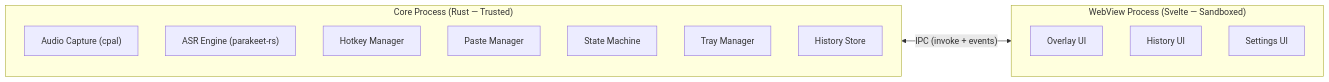
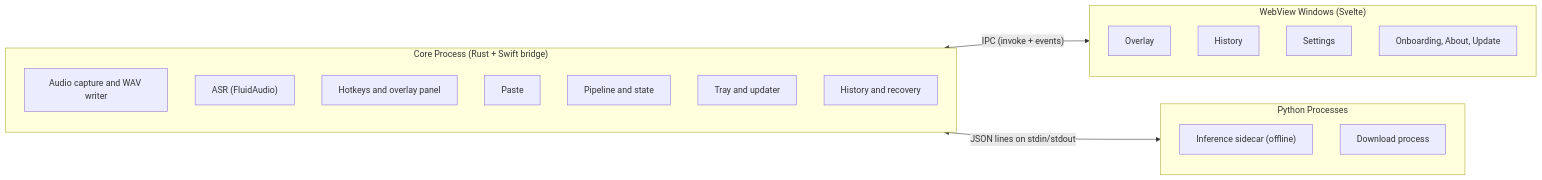
Before and after one commit to juanqui/sottoasr: the second of 5 diagrams in docs/designs/architecture.md, drawn with Mermaid. The commit also changed other lines of this file and 146 other files, not shown here.

````diff
--- a/docs/designs/architecture.md
+++ b/docs/designs/architecture.md
@@ -205,20 +220,27 @@
 ```mermaid
 flowchart LR
-    subgraph Core["Core Process (Rust — Trusted)"]
-        A["Audio Capture (cpal)"]
-        B["ASR Engine (parakeet-rs)"]
-        C["Hotkey Manager"]
-        D["Paste Manager"]
-        E["State Machine"]
-        F["Tray Manager"]
-        G["History Store"]
+    subgraph Core["Core Process (Rust + Swift bridge)"]
+        A["Audio capture and WAV writer"]
+        B["ASR (FluidAudio)"]
+        C["Hotkeys and overlay panel"]
+        D["Paste"]
+        E["Pipeline and state"]
+        F["Tray and updater"]
+        G["History and recovery"]
     end
 
-    subgraph WV["WebView Process (Svelte — Sandboxed)"]
-        H["Overlay UI"]
-        I["History UI"]
-        J["Settings UI"]
+    subgraph WV["WebView Windows (Svelte)"]
+        H["Overlay"]
+        I["History"]
+        J["Settings"]
+        K["Onboarding, About, Update"]
+    end
+
+    subgraph PY["Python Processes"]
+        L["Inference sidecar (offline)"]
+        M["Download process"]
     end
 
     Core <-->|"IPC (invoke + events)"| WV
+    Core <-->|"JSON lines on stdin/stdout"| PY
 ```
````
